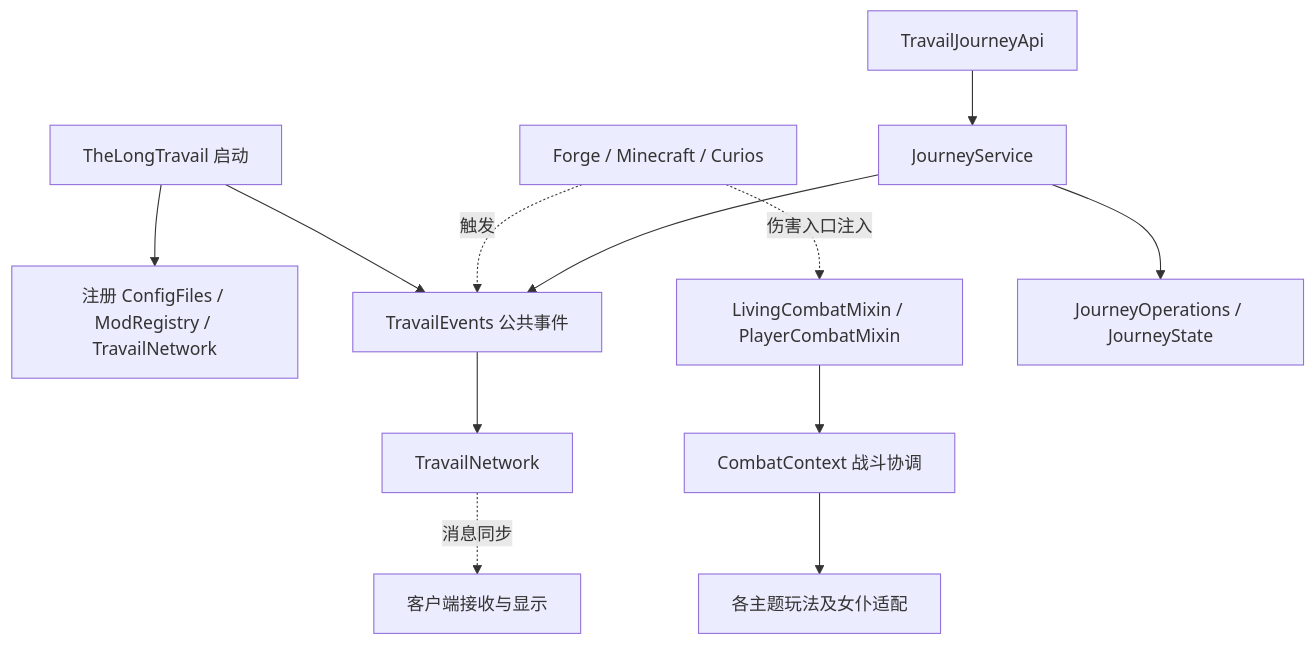
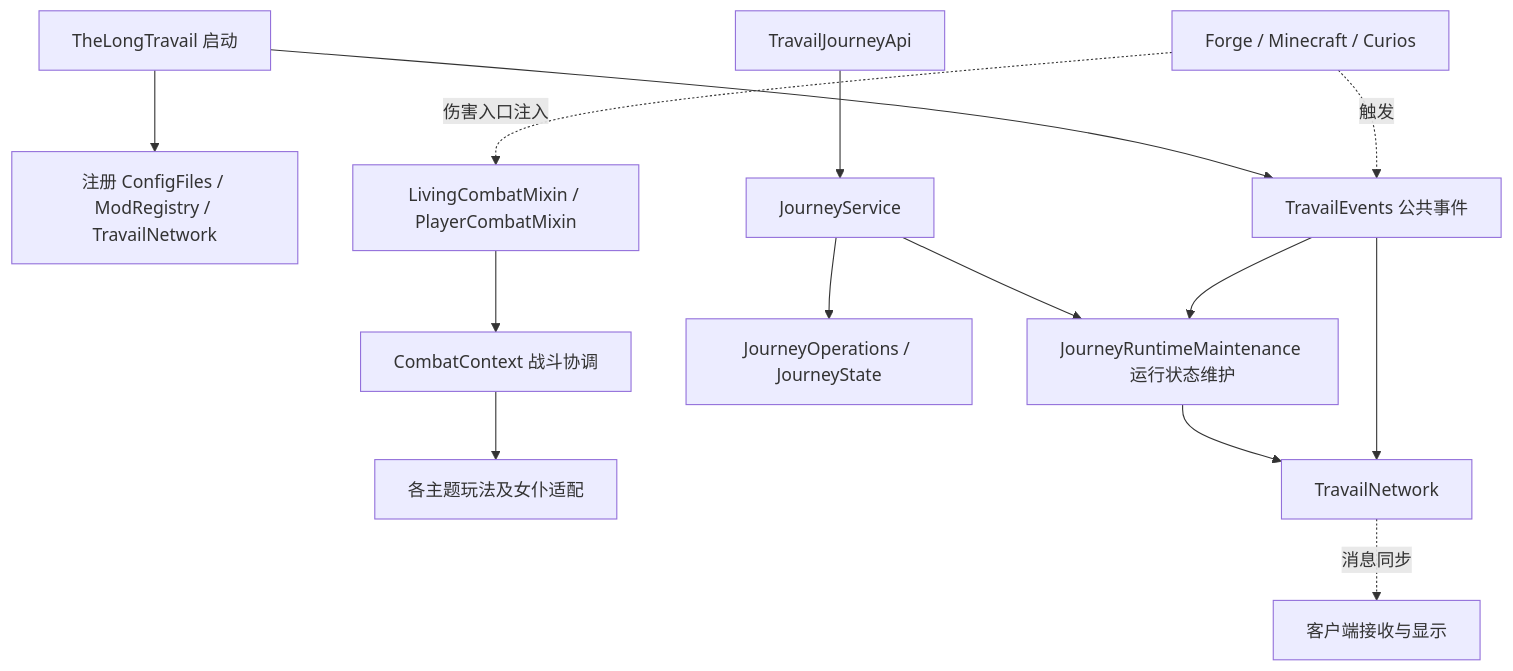
One commit to 3101516445z-dotcom/The-Long-Travail changed the diagram in docs/开发者查阅/架构/总体架构.md. Above: the diagram before and after it, drawn with Mermaid. The commit also changed other lines of this file and 117 other files, not shown here.

````diff
--- a/docs/开发者查阅/架构/总体架构.md
+++ b/docs/开发者查阅/架构/总体架构.md
@@ -23,14 +23,16 @@
 ```mermaid
 flowchart TD
   Boot[TheLongTravail 启动] --> Registry[注册 ConfigFiles / ModRegistry / TravailNetwork]
   Boot --> Events[TravailEvents 公共事件]
   Forge[Forge / Minecraft / Curios] -.触发.-> Events
   Forge -.伤害入口注入.-> Mixins[LivingCombatMixin / PlayerCombatMixin]
   Mixins --> Combat[CombatContext 战斗协调]
   Combat --> Gameplay[各主题玩法及女仆适配]
   API[TravailJourneyApi] --> Service[JourneyService]
   Service --> Ops[JourneyOperations / JourneyState]
-  Service --> Events
+  Service --> Maintenance[JourneyRuntimeMaintenance 运行状态维护]
+  Events --> Maintenance
+  Maintenance --> Network
   Events --> Network[TravailNetwork]
   Network -.消息同步.-> Client[客户端接收与显示]
 ```
````
